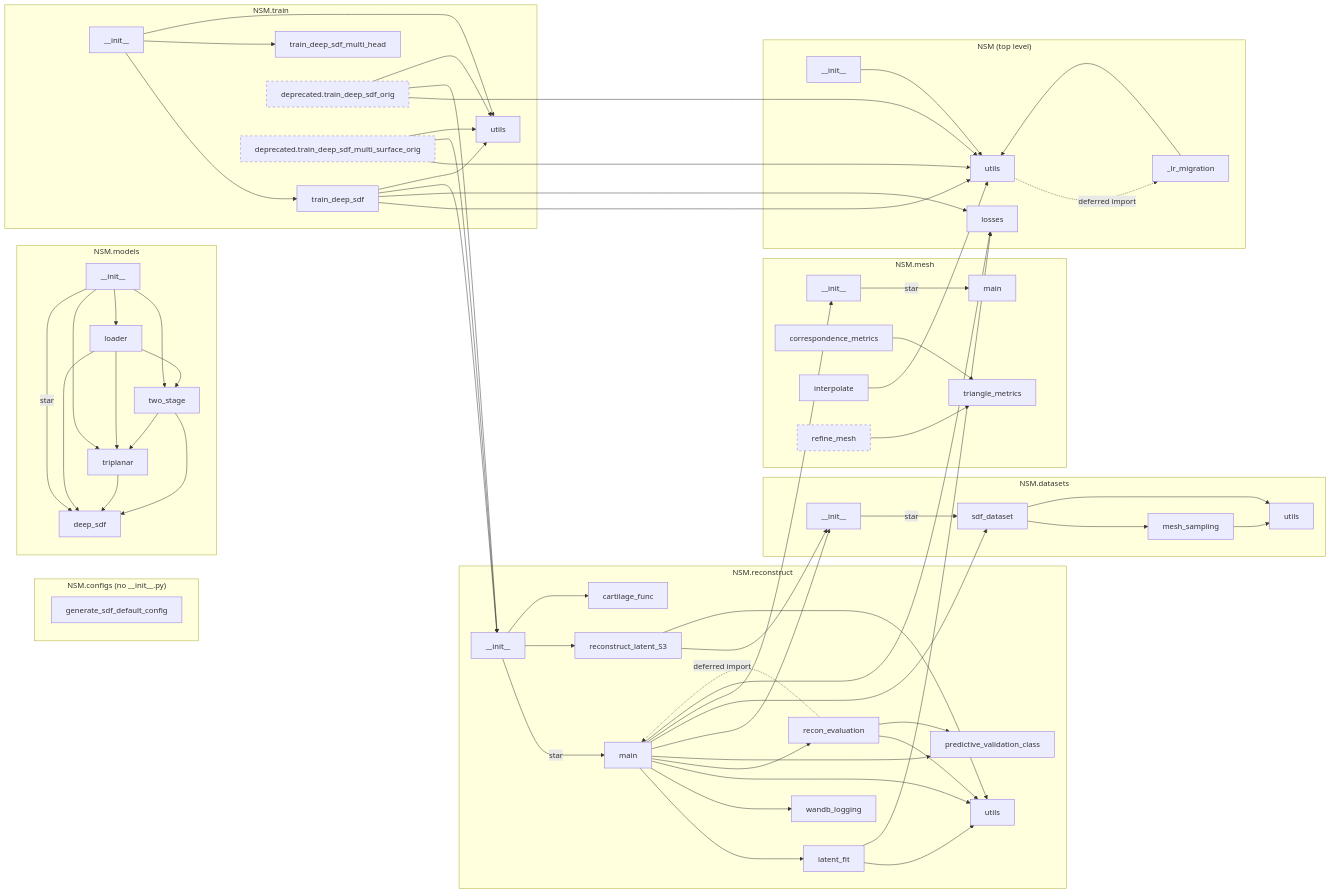
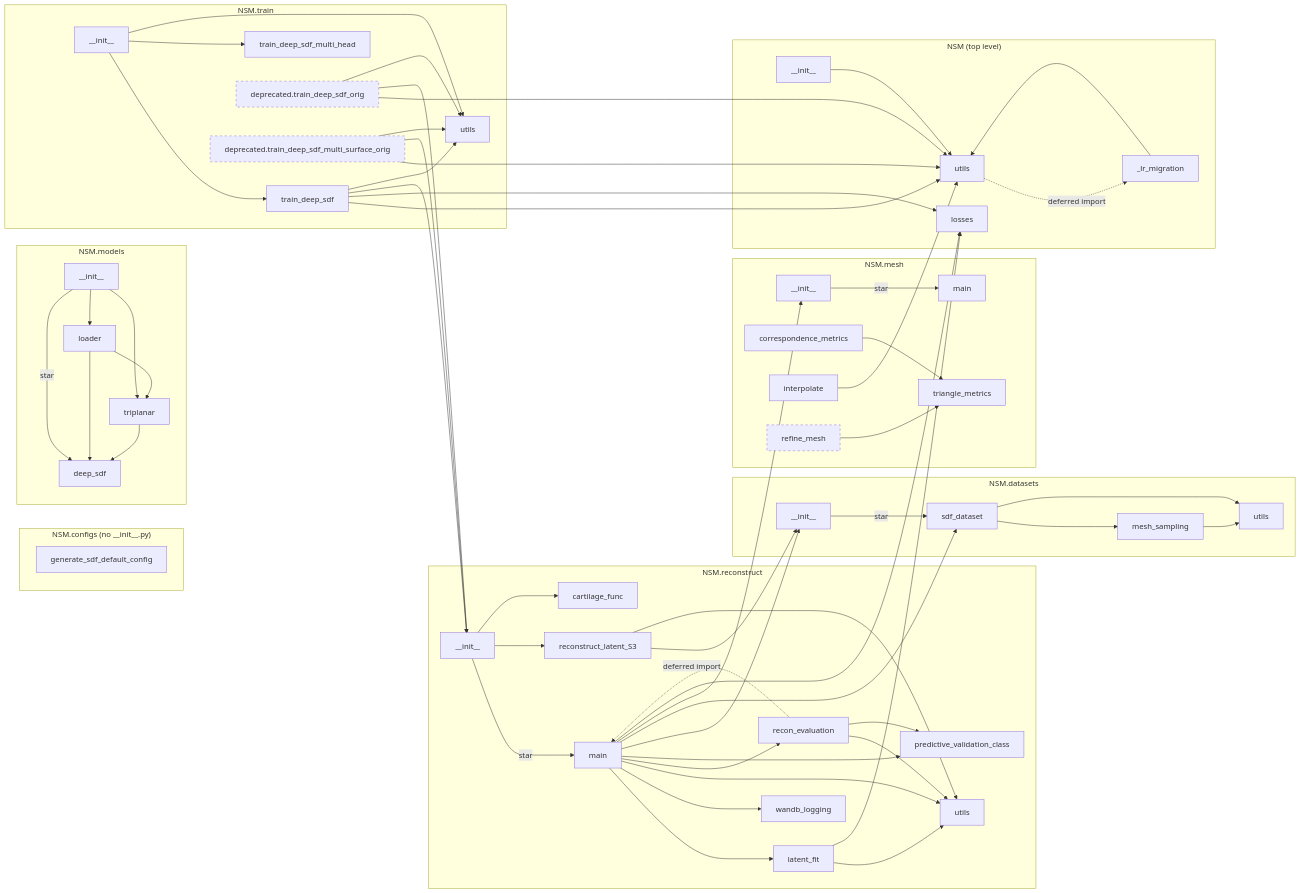
One commit to gattia/nsm changed the diagram in docs/ARCHITECTURE.md. Above: the diagram before and after it, drawn with Mermaid. The commit also changed other lines of this file and 11 other files, not shown here.

First line of the commit message:
Remove the two_stage model type

```diff
--- a/docs/ARCHITECTURE.md
+++ b/docs/ARCHITECTURE.md
@@ -84,7 +84,6 @@
     MDdeep["deep_sdf"]
     MDload["loader"]
     MDtri["triplanar"]
-    MDtwo["two_stage"]
   end
 
   subgraph RC["NSM.reconstruct"]
@@ -124,14 +123,10 @@
 
   MDpkg -->|star| MDdeep
   MDpkg --> MDtri
-  MDpkg --> MDtwo
   MDpkg --> MDload
   MDload --> MDdeep
   MDload --> MDtri
-  MDload --> MDtwo
   MDtri --> MDdeep
-  MDtwo --> MDtri
-  MDtwo --> MDdeep
 
   RCpkg -->|star| RCmain
   RCpkg --> RCs3
```
